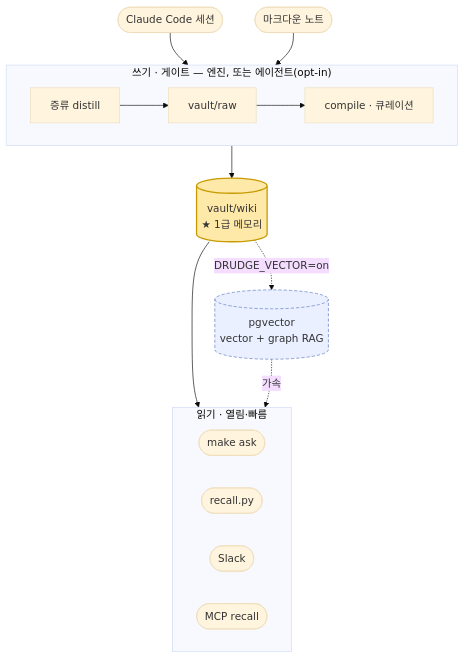
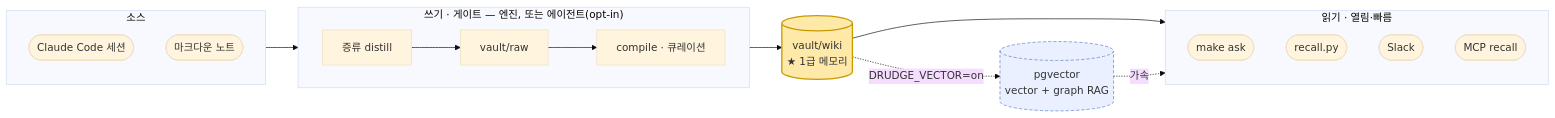
Before and after one commit to jazz1x/ohmyboring: the first of 2 diagrams in README.ko.md, drawn with Mermaid (base theme). The commit also changed 2 other files, not shown here.

Commit message:
docs: architecture diagram back to LR flow (canonical for a pipeline) (#27)
A data-flow/pipeline reads left→right (input→output) — the canonical README
orientation; TB suited hierarchies, not flows. Keep both axes by stacking the
sources and read-consumers vertically (TB subgraphs) along an LR main spine
(sources → WRITE → vault/wiki hub → READ), so it's neither a cramped single row
nor an over-tall column. Shapes/classDef unchanged. All 3 READMEs.

````diff
--- a/README.ko.md
+++ b/README.ko.md
@@ -15,24 +15,27 @@
 ```mermaid
-flowchart TB
-  CC(["Claude Code 세션"]) --> D
-  NT(["마크다운 노트"]) --> D
+flowchart LR
+  subgraph SRC ["소스"]
+    direction TB
+    CC(["Claude Code 세션"])
+    NT(["마크다운 노트"])
+  end
   subgraph WRITE ["쓰기 · 게이트 — 엔진, 또는 에이전트(opt-in)"]
     direction LR
     D["증류 distill"] --> RAW["vault/raw"] --> CP["compile · 큐레이션"]
   end
-  CP --> WIKI[("vault/wiki<br/>★ 1급 메모리")]
-  WIKI --> RD
+  WIKI[("vault/wiki<br/>★ 1급 메모리")]
   subgraph RD ["읽기 · 열림·빠름"]
-    direction LR
+    direction TB
     ASK(["make ask"])
     REC(["recall.py"])
     SLK(["Slack"])
     MCP(["MCP recall"])
   end
+  SRC --> WRITE --> WIKI --> RD
   WIKI -. "DRUDGE_VECTOR=on" .-> PG[("pgvector<br/>vector + graph RAG")]
   PG -. 가속 .-> RD
   classDef hub fill:#ffe9a8,stroke:#c79a00,stroke-width:2px;
   classDef opt fill:#eaf0ff,stroke:#5a78c0,stroke-dasharray:5 3;
   class WIKI hub;
   class PG opt;
 ```
````
